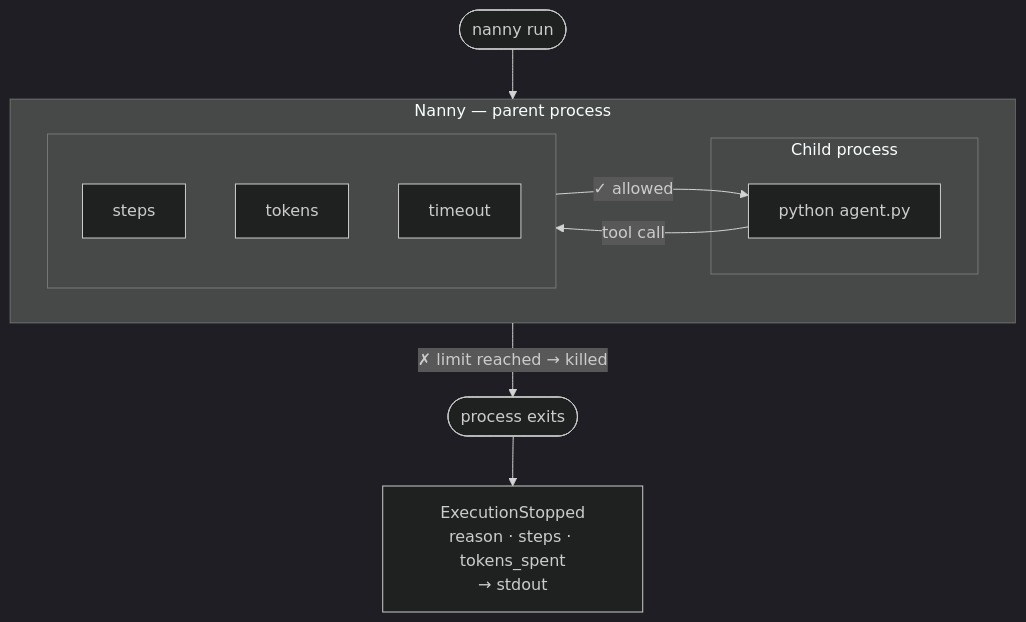
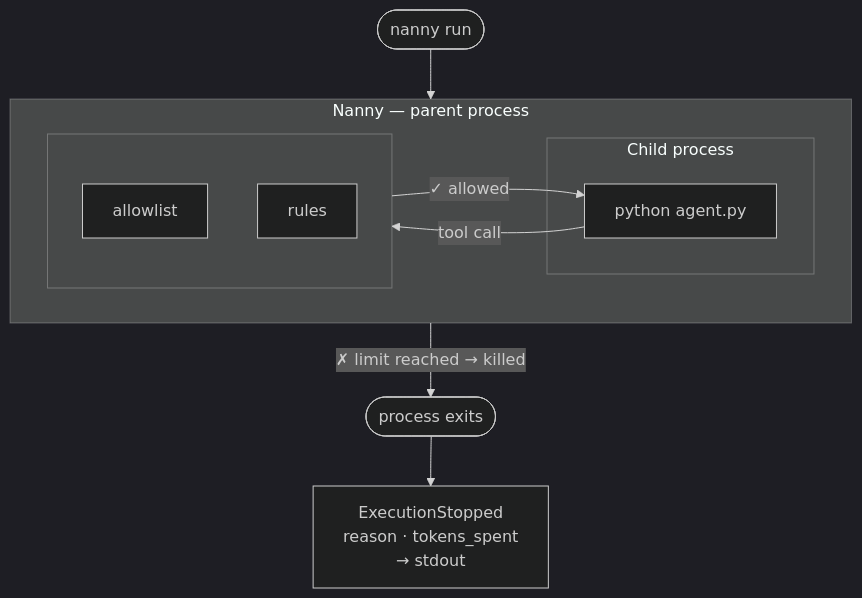
The diagram in README.md (nanny-run/nanny), drawn with Mermaid (dark theme) before and after one commit. The commit also changed other lines of this file, not shown here.

````diff
--- a/README.md
+++ b/README.md
@@ -47,26 +49,25 @@
 ```mermaid
 flowchart TD
     CMD(["nanny run"])
     CMD --> NANNY
 
     subgraph NANNY["Nanny — parent process"]
         direction LR
 
         subgraph CHILD["Child process"]
             AGENT["python agent.py"]
         end
 
         subgraph ENFORCE[" "]
             direction TB
-            STEPS["steps"]
-            TOKENS["tokens"]
-            TIMER["timeout"]
+            ALLOW["allowlist"]
+            RULES["rules"]
         end
 
         AGENT -- "tool call" --> ENFORCE
         ENFORCE -- "✓  allowed" --> AGENT
     end
 
     ENFORCE -- "✗  limit reached → killed" --> DEAD(["process exits"])
-    DEAD --> LOG["ExecutionStopped\nreason · steps · tokens_spent\n→ stdout"]
+    DEAD --> LOG["ExecutionStopped\nreason · tokens_spent\n→ stdout"]
 ```
````
